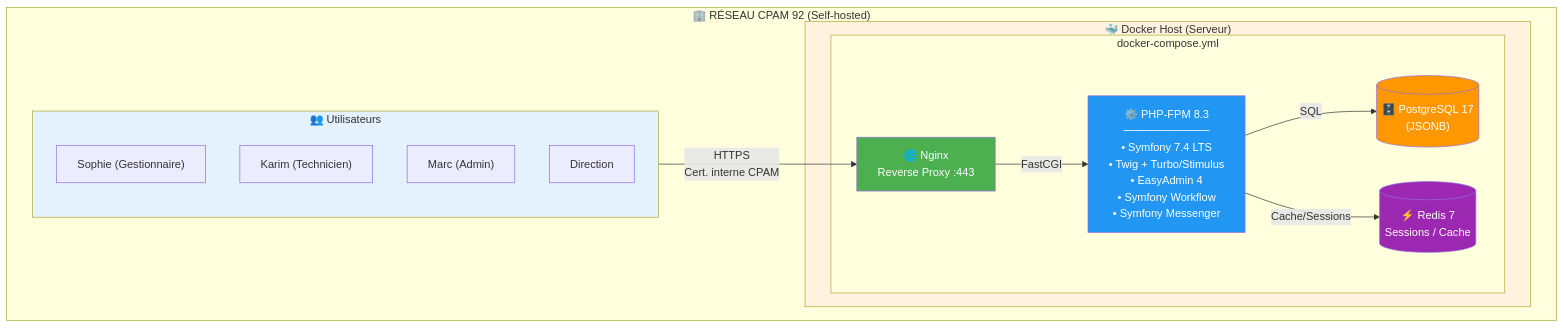
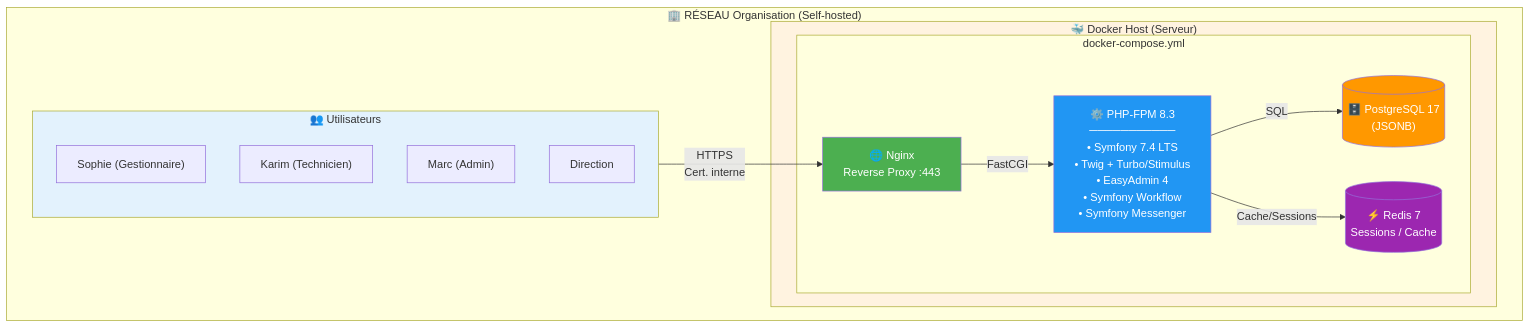
One commit to ElegAlex/OPSTRACKER changed the first of 6 diagrams in CADRAGE/P4.2 - Architecture Technique & NFR.md. Above: the diagram before and after it, drawn with Mermaid. The commit also changed other lines of this file and 47 other files, not shown here.

````diff
--- a/CADRAGE/P4.2 - Architecture Technique & NFR.md
+++ b/CADRAGE/P4.2 - Architecture Technique & NFR.md
@@ -11,32 +11,32 @@
 ```mermaid
 graph TB
-    subgraph CPAM["🏢 RÉSEAU CPAM 92 (Self-hosted)"]
+    subgraph Organisation["🏢 RÉSEAU Organisation (Self-hosted)"]
         subgraph Users["👥 Utilisateurs"]
             sophie["Sophie (Gestionnaire)"]
             karim["Karim (Technicien)"]
             marc["Marc (Admin)"]
             dir["Direction"]
         end
         
         subgraph Docker["🐳 Docker Host (Serveur)"]
             subgraph Containers["docker-compose.yml"]
                 nginx["🌐 Nginx<br/>Reverse Proxy :443"]
                 php["⚙️ PHP-FPM 8.3<br/>───────────<br/>• Symfony 7.4 LTS<br/>• Twig + Turbo/Stimulus<br/>• EasyAdmin 4<br/>• Symfony Workflow<br/>• Symfony Messenger"]
                 postgres[("🗄️ PostgreSQL 17<br/>(JSONB)")]
                 redis[("⚡ Redis 7<br/>Sessions / Cache")]
             end
         end
         
-        Users -->|"HTTPS<br/>Cert. interne CPAM"| nginx
+        Users -->|"HTTPS<br/>Cert. interne"| nginx
         nginx -->|"FastCGI"| php
         php -->|"SQL"| postgres
         php -->|"Cache/Sessions"| redis
     end
     
     style nginx fill:#4CAF50,color:#fff
     style php fill:#2196F3,color:#fff
     style postgres fill:#FF9800,color:#fff
     style redis fill:#9C27B0,color:#fff
     style Users fill:#E3F2FD
     style Docker fill:#FFF3E0
 ```
````
